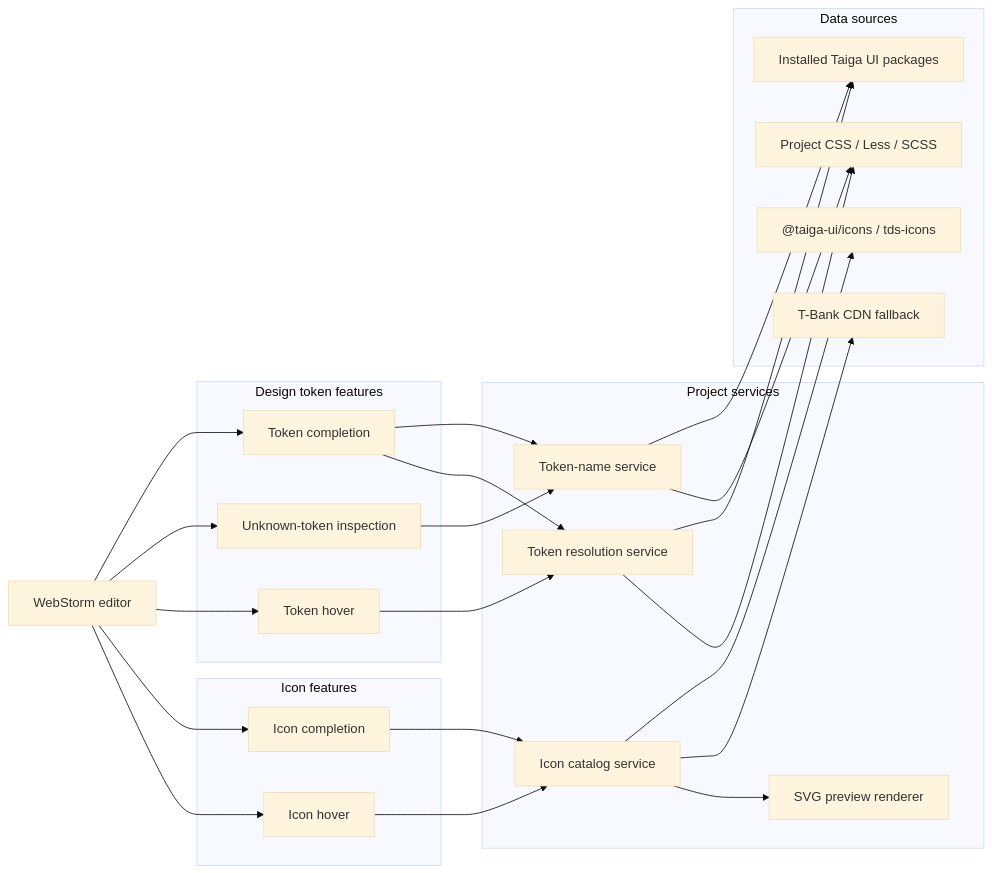
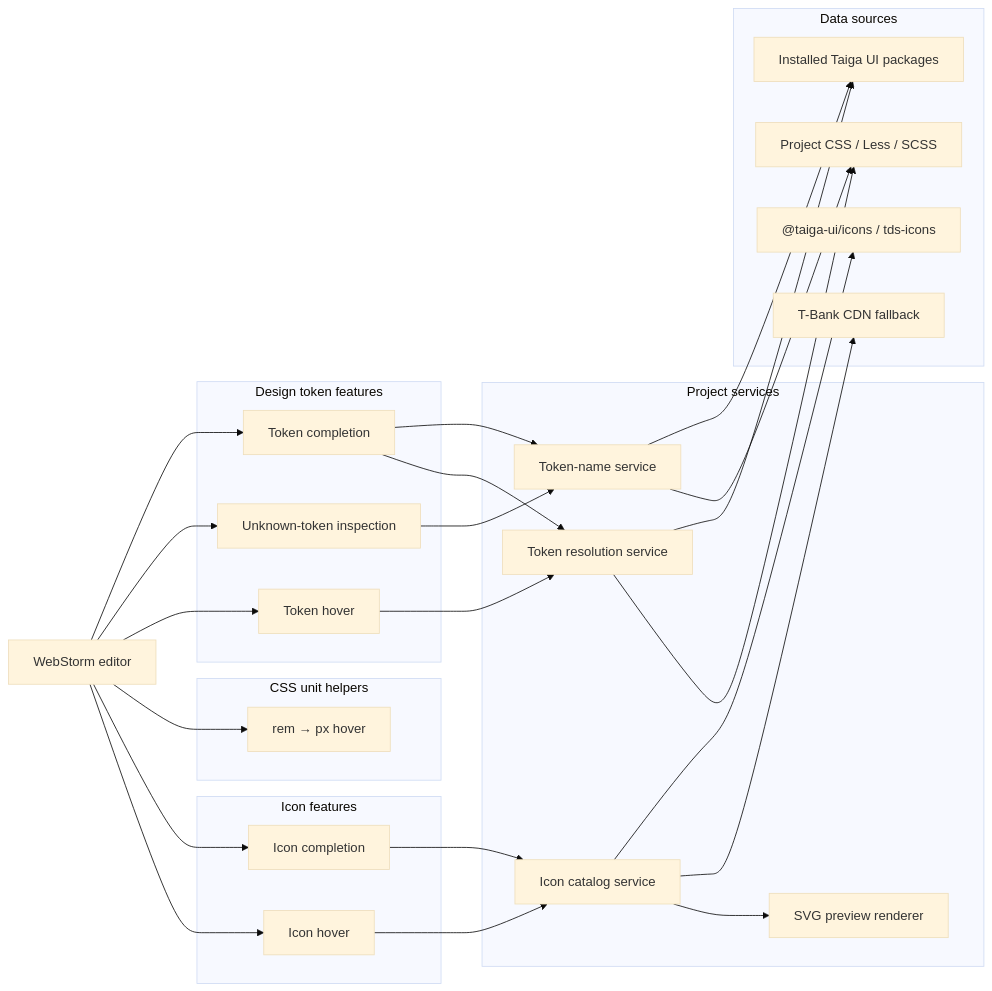
The first of 4 diagrams in docs/ARCHITECTURE.md (splincode-taiga-labs/taiga-design-tokens-plugin), drawn with Mermaid (base theme) before and after one commit. The commit also changed other lines of this file, not shown here.

Commit message:
docs: add css unit hover architecture

````diff
--- a/docs/ARCHITECTURE.md
+++ b/docs/ARCHITECTURE.md
@@ -11,51 +11,56 @@
 ```mermaid
 flowchart LR
     Editor["WebStorm editor"]
 
     subgraph TokenFeatures["Design token features"]
         TokenCompletion["Token completion"]
         TokenInspection["Unknown-token inspection"]
         TokenHover["Token hover"]
+    end
+
+    subgraph UnitFeatures["CSS unit helpers"]
+        RemHover["rem → px hover"]
     end
 
     subgraph IconFeatures["Icon features"]
         IconCompletion["Icon completion"]
         IconHover["Icon hover"]
     end
 
     subgraph Services["Project services"]
         TokenNames["Token-name service"]
         TokenResolution["Token resolution service"]
         IconCatalog["Icon catalog service"]
         IconRenderer["SVG preview renderer"]
     end
 
     subgraph Sources["Data sources"]
         Packages["Installed Taiga UI packages"]
         ProjectStyles["Project CSS / Less / SCSS"]
         LocalIcons["@taiga-ui/icons / tds-icons"]
         IconCdn["T-Bank CDN fallback"]
     end
 
     Editor --> TokenCompletion
     Editor --> TokenInspection
     Editor --> TokenHover
+    Editor --> RemHover
     Editor --> IconCompletion
     Editor --> IconHover
 
     TokenCompletion --> TokenNames
     TokenInspection --> TokenNames
     TokenCompletion --> TokenResolution
     TokenHover --> TokenResolution
 
     TokenNames --> Packages
     TokenNames --> ProjectStyles
     TokenResolution --> Packages
     TokenResolution --> ProjectStyles
 
     IconCompletion --> IconCatalog
     IconHover --> IconCatalog
     IconCatalog --> LocalIcons
     IconCatalog --> IconCdn
     IconCatalog --> IconRenderer
 ```
````
